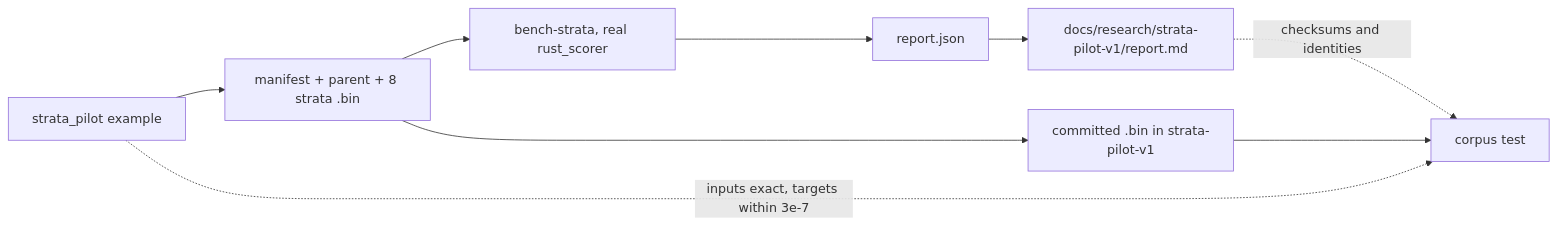
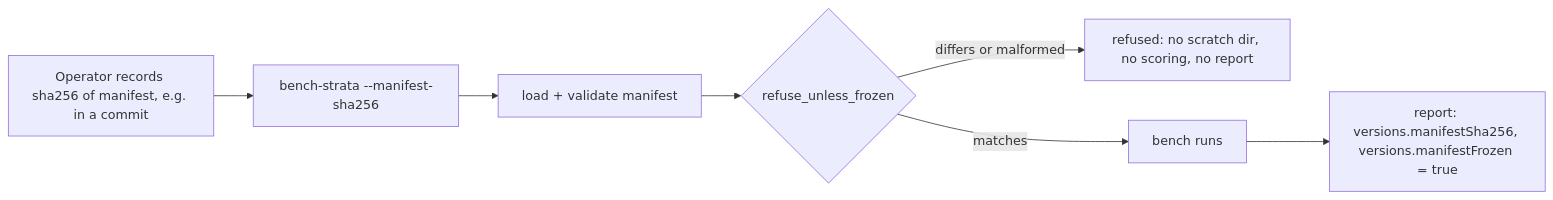
One commit to stSoftwareAU/NEAT-AI-Ockham changed the diagram in docs/archive/pr-summaries/pr-summary-263.md. Above: the diagram before and after it, drawn with Mermaid. The commit also changed other lines of this file, not shown here.

First line of the commit message:
Rewrite PR summary for the manifest freeze (Issue #263)

````diff
--- a/docs/archive/pr-summaries/pr-summary-263.md
+++ b/docs/archive/pr-summaries/pr-summary-263.md
@@ -96,11 +64,9 @@
 ```mermaid
 flowchart LR
-    G[strata_pilot example] --> I[manifest + parent + 8 strata .bin]
-    I --> B[bench-strata, real rust_scorer]
-    B --> R[report.json]
-    R --> W[docs/research/strata-pilot-v1/report.md]
-    I --> C[committed .bin in strata-pilot-v1]
-    W -. checksums and identities .-> T[corpus test]
-    C --> T
-    G -. inputs exact, targets within 3e-7 .-> T
+    R[Operator records sha256 of manifest, e.g. in a commit] --> C[bench-strata --manifest-sha256]
+    C --> L[load + validate manifest]
+    L --> F{refuse_unless_frozen}
+    F -- differs or malformed --> X[refused: no scratch dir, no scoring, no report]
+    F -- matches --> B[bench runs]
+    B --> O[report: versions.manifestSha256, versions.manifestFrozen = true]
 ```
````
